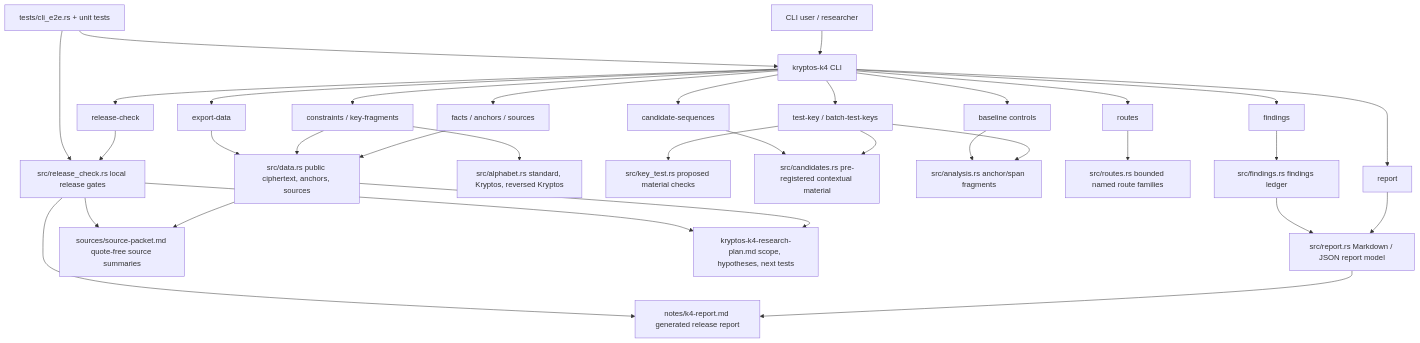
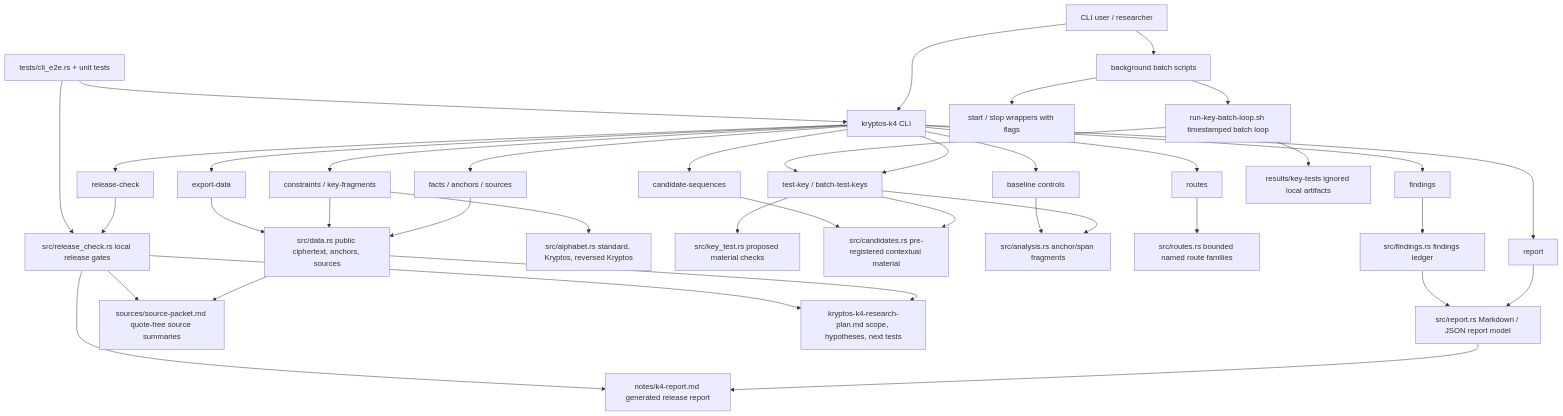
One commit to malak333/kryptos-k4 changed the diagram in docs/architecture-current.md. Above: the diagram before and after it, drawn with Mermaid. The commit also changed other lines of this file and 5 other files, not shown here.

Commit message:
Add background experiment loop flags (#17)

````diff
--- a/docs/architecture-current.md
+++ b/docs/architecture-current.md
@@ -7,40 +7,45 @@
 ```mermaid
 flowchart TD
     User["CLI user / researcher"] --> Cli["kryptos-k4 CLI"]
+    User --> BackgroundScripts["background batch scripts"]
 
     Cli --> Facts["facts / anchors / sources"]
     Cli --> Constraints["constraints / key-fragments"]
     Cli --> KeyTest["test-key / batch-test-keys"]
     Cli --> Baseline["baseline controls"]
     Cli --> Candidates["candidate-sequences"]
     Cli --> Routes["routes"]
     Cli --> Findings["findings"]
     Cli --> Report["report"]
     Cli --> Export["export-data"]
     Cli --> Release["release-check"]
+    BackgroundScripts --> BatchLoop["run-key-batch-loop.sh timestamped batch loop"]
+    BackgroundScripts --> StartStop["start / stop wrappers with flags"]
+    BatchLoop --> KeyTest
 
     Facts --> Data["src/data.rs public ciphertext, anchors, sources"]
     Constraints --> Data
     Constraints --> Alphabets["src/alphabet.rs standard, Kryptos, reversed Kryptos"]
     KeyTest --> KeyTestModel["src/key_test.rs proposed material checks"]
     KeyTest --> CandidateModel["src/candidates.rs transforms"]
     KeyTest --> Analysis["src/analysis.rs anchor/span fragments"]
     Baseline --> Analysis["src/analysis.rs anchor/span fragments"]
     Candidates --> CandidateModel["src/candidates.rs pre-registered contextual material"]
     Routes --> RouteModel["src/routes.rs bounded named route families"]
     Findings --> FindingsModel["src/findings.rs findings ledger"]
     Report --> ReportModel["src/report.rs Markdown / JSON report model"]
     Export --> Data
     Release --> ReleaseModel["src/release_check.rs local release gates"]
 
     Data --> SourcePacket["sources/source-packet.md quote-free source summaries"]
     Data --> ResearchPlan["kryptos-k4-research-plan.md scope, hypotheses, next tests"]
     ReportModel --> GeneratedReport["notes/k4-report.md generated release report"]
+    BatchLoop --> BatchArtifacts["results/key-tests ignored local artifacts"]
     FindingsModel --> ReportModel
     ReleaseModel --> GeneratedReport
     ReleaseModel --> SourcePacket
     ReleaseModel --> ResearchPlan
 
     Tests["tests/cli_e2e.rs + unit tests"] --> Cli
     Tests --> ReleaseModel
 ```
````
